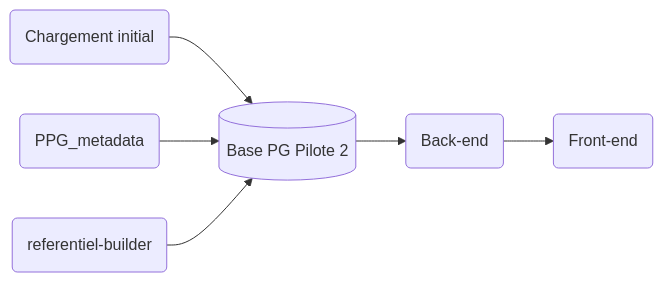
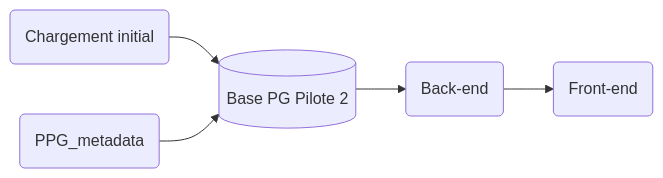
One commit to DITP-pilotage/pilote-2 changed the first of 4 diagrams in data/README.md. Above: the diagram before and after it, drawn with Mermaid. The commit also changed other lines of this file, not shown here.

````diff
--- a/data/README.md
+++ b/data/README.md
@@ -148,8 +153,7 @@
 ``` mermaid
 graph LR
 SFTP(Chargement initial) --> PG[(Base PG Pilote 2)]
 PM(PPG_metadata) --> PG
-RB(referentiel-builder) --> PG
 PG --> BE(Back-end) --> FE(Front-end)
 
 ```
````
